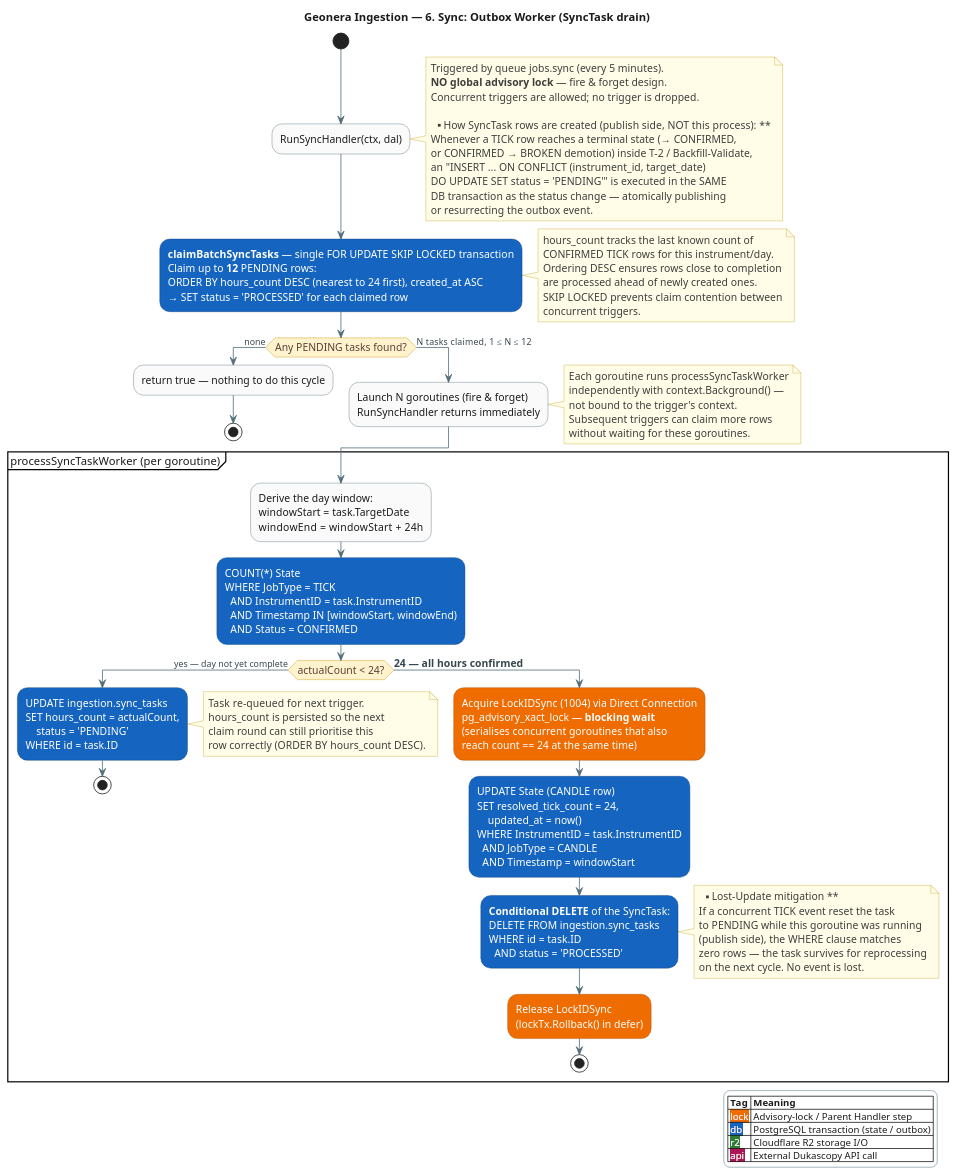
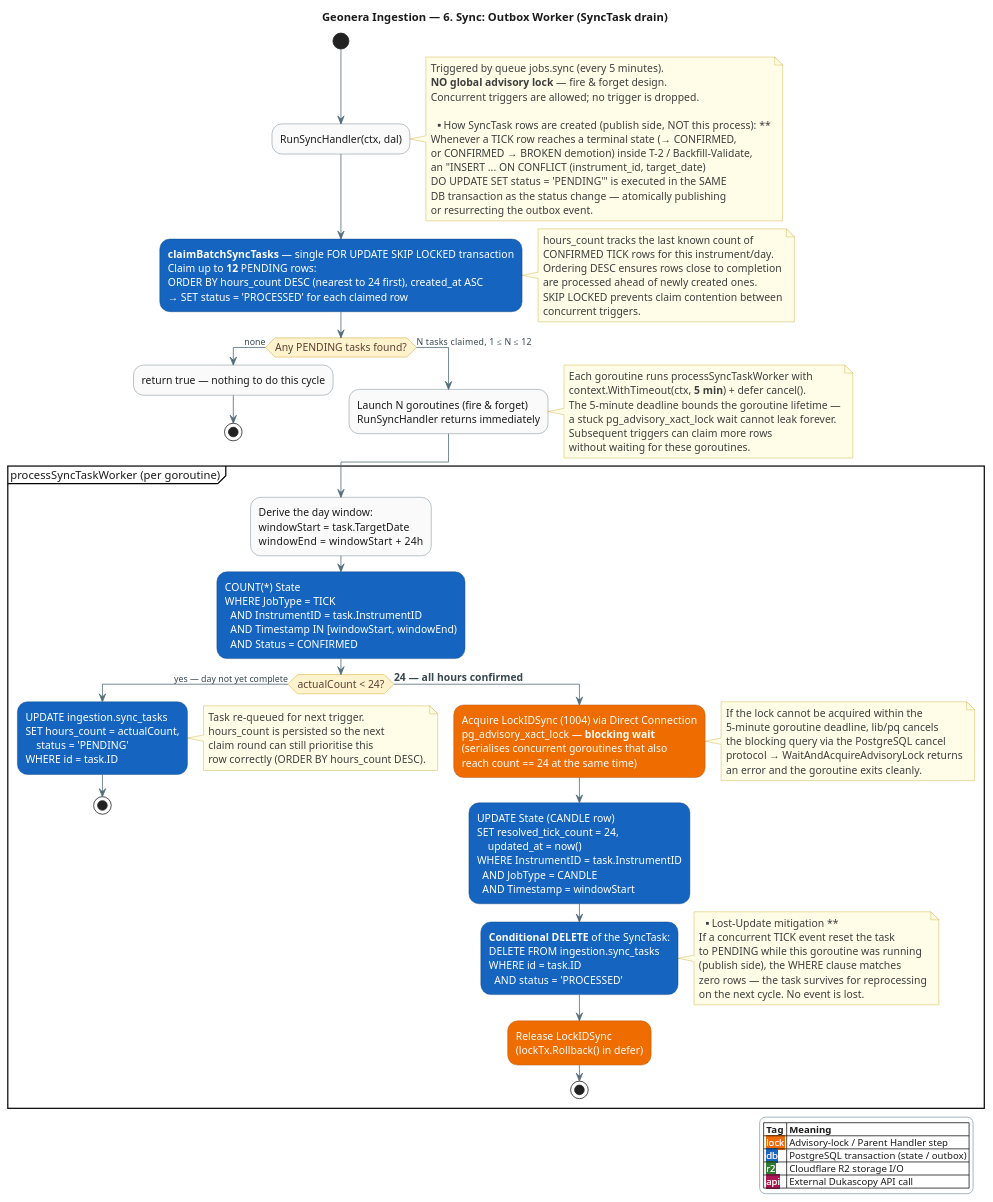
One commit to sanjari-dev/geonera-ingestion changed the diagram in docs/flows/06-sync-outbox.puml. Above: the diagram before and after it, drawn with PlantUML. The commit also changed 29 other files, not shown here.

First line of the commit message:
Enhance sync and backfill worker functionality

```diff
--- a/docs/flows/06-sync-outbox.puml
+++ b/docs/flows/06-sync-outbox.puml
@@ -1,166 +1,174 @@
 @startuml 06-sync-outbox
 title Geonera Ingestion — 6. Sync: Outbox Worker (SyncTask drain)
 skinparam backgroundColor #FFFFFF
 skinparam defaultFontColor #1B1B1B
 skinparam ArrowColor #546E7A
 skinparam ArrowFontColor #37474F
 
 skinparam activity {
   BackgroundColor #FAFAFA
   BorderColor #546E7A
   FontColor #1B1B1B
   FontSize 13
 
   BackgroundColor<<lock>> #EF6C00
   FontColor<<lock>> #FFFFFF
   BorderColor<<lock>> #A34B00
 
   BackgroundColor<<db>> #1565C0
   FontColor<<db>> #FFFFFF
   BorderColor<<db>> #0B3C78
 
   BackgroundColor<<r2>> #2E7D32
   FontColor<<r2>> #FFFFFF
   BorderColor<<r2>> #1B5E20
 
   BackgroundColor<<api>> #AD1457
   FontColor<<api>> #FFFFFF
   BorderColor<<api>> #6A0F38
 }
 
 skinparam activityDiamond {
   BackgroundColor #FFF3CD
   BorderColor #C79100
   FontColor #5D4037
 }
 
 skinparam legend {
   BackgroundColor #FFFFFF
   BorderColor #90A4AE
   FontColor #1B1B1B
   FontSize 12
   EntrySeparatorColor #CFD8DC
 }
 
 skinparam note {
   BackgroundColor #FFFDE7
   BorderColor #C9A227
   FontColor #3E3E3E
 }
 
 legend right
   |= Tag |= Meaning |
   |<back:#EF6C00><color:#FFFFFF> lock </color></back>| Advisory-lock / Parent Handler step |
   |<back:#1565C0><color:#FFFFFF> db </color></back>| PostgreSQL transaction (state / outbox) |
   |<back:#2E7D32><color:#FFFFFF> r2 </color></back>| Cloudflare R2 storage I/O |
   |<back:#AD1457><color:#FFFFFF> api </color></back>| External Dukascopy API call |
 endlegend
 
 start
 :RunSyncHandler(ctx, dal);
 note right
   Triggered by queue jobs.sync (every 5 minutes).
   **NO global advisory lock** — fire & forget design.
   Concurrent triggers are allowed; no trigger is dropped.
 
   ** How SyncTask rows are created (publish side, NOT this process): **
   Whenever a TICK row reaches a terminal state (→ CONFIRMED,
   or CONFIRMED → BROKEN demotion) inside T-2 / Backfill-Validate,
   an "INSERT ... ON CONFLICT (instrument_id, target_date)
   DO UPDATE SET status = 'PENDING'" is executed in the SAME
   DB transaction as the status change — atomically publishing
   or resurrecting the outbox event.
 end note
 
 :**claimBatchSyncTasks** — single FOR UPDATE SKIP LOCKED transaction
 Claim up to **12** PENDING rows:
 ORDER BY hours_count DESC (nearest to 24 first), created_at ASC
 → SET status = 'PROCESSED' for each claimed row;<<db>>
 note right
   hours_count tracks the last known count of
   CONFIRMED TICK rows for this instrument/day.
   Ordering DESC ensures rows close to completion
   are processed ahead of newly created ones.
   SKIP LOCKED prevents claim contention between
   concurrent triggers.
 end note
 
 if (Any PENDING tasks found?) then (none)
   :return true — nothing to do this cycle;
   stop
 else (N tasks claimed, 1 ≤ N ≤ 12)
   :Launch N goroutines (fire & forget)
   RunSyncHandler returns immediately;
   note right
-    Each goroutine runs processSyncTaskWorker
-    independently with context.Background() —
-    not bound to the trigger's context.
+    Each goroutine runs processSyncTaskWorker with
+    context.WithTimeout(ctx, **5 min**) + defer cancel().
+    The 5-minute deadline bounds the goroutine lifetime —
+    a stuck pg_advisory_xact_lock wait cannot leak forever.
     Subsequent triggers can claim more rows
     without waiting for these goroutines.
   end note
 endif
 
 ' ─────────────────────────────────────────────────────────────
 ' GOROUTINE BODY — processSyncTaskWorker (one per claimed task)
 ' ─────────────────────────────────────────────────────────────
 
 partition "processSyncTaskWorker (per goroutine)" {
 
   :Derive the day window:
   windowStart = task.TargetDate
   windowEnd   = windowStart + 24h;
 
   ' ── Step 1: count (no advisory lock needed) ──
   :COUNT(*) State
   WHERE JobType = TICK
     AND InstrumentID = task.InstrumentID
     AND Timestamp IN [windowStart, windowEnd)
     AND Status = CONFIRMED;<<db>>
 
   if (actualCount < 24?) then (yes — day not yet complete)
     :UPDATE ingestion.sync_tasks
     SET hours_count = actualCount,
         status = 'PENDING'
     WHERE id = task.ID;<<db>>
     note right
       Task re-queued for next trigger.
       hours_count is persisted so the next
       claim round can still prioritise this
       row correctly (ORDER BY hours_count DESC).
     end note
     stop
   else (== 24 — all hours confirmed)
     ' ── Step 2: management lock + candle finalisation ──
     :Acquire LockIDSync (1004) via Direct Connection
     pg_advisory_xact_lock — **blocking wait**
     (serialises concurrent goroutines that also
     reach count == 24 at the same time);<<lock>>
+    note right
+      If the lock cannot be acquired within the
+      5-minute goroutine deadline, lib/pq cancels
+      the blocking query via the PostgreSQL cancel
+      protocol → WaitAndAcquireAdvisoryLock returns
+      an error and the goroutine exits cleanly.
+    end note
 
     :UPDATE State (CANDLE row)
     SET resolved_tick_count = 24,
         updated_at = now()
     WHERE InstrumentID = task.InstrumentID
       AND JobType = CANDLE
       AND Timestamp = windowStart;<<db>>
 
     :**Conditional DELETE** of the SyncTask:
     DELETE FROM ingestion.sync_tasks
     WHERE id = task.ID
       AND status = 'PROCESSED';<<db>>
     note right
       ** Lost-Update mitigation **
       If a concurrent TICK event reset the task
       to PENDING while this goroutine was running
       (publish side), the WHERE clause matches
       zero rows — the task survives for reprocessing
       on the next cycle. No event is lost.
     end note
 
     :Release LockIDSync
     (lockTx.Rollback() in defer);<<lock>>
     stop
   endif
 
 }
 
 @enduml
```
